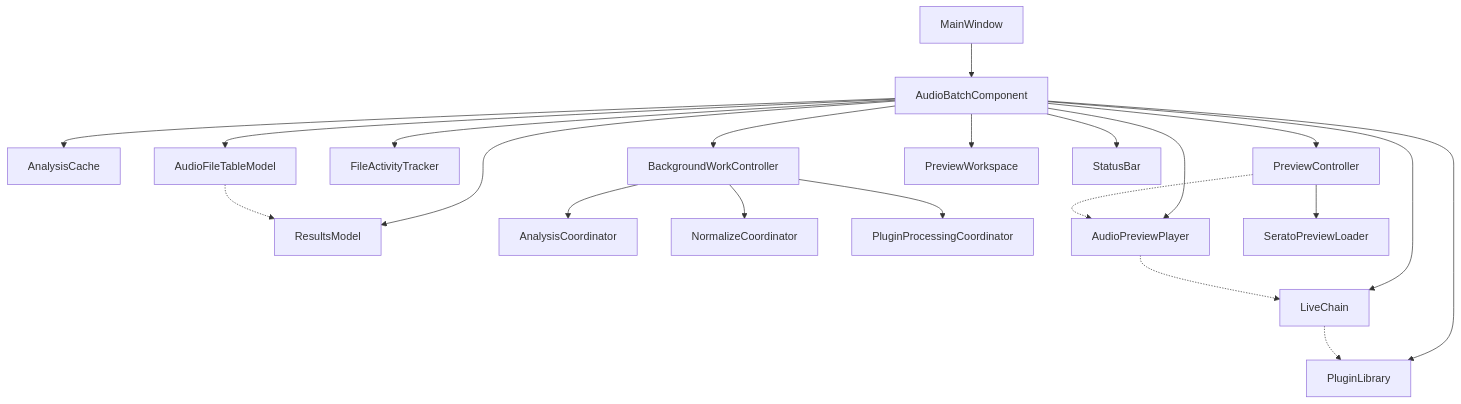
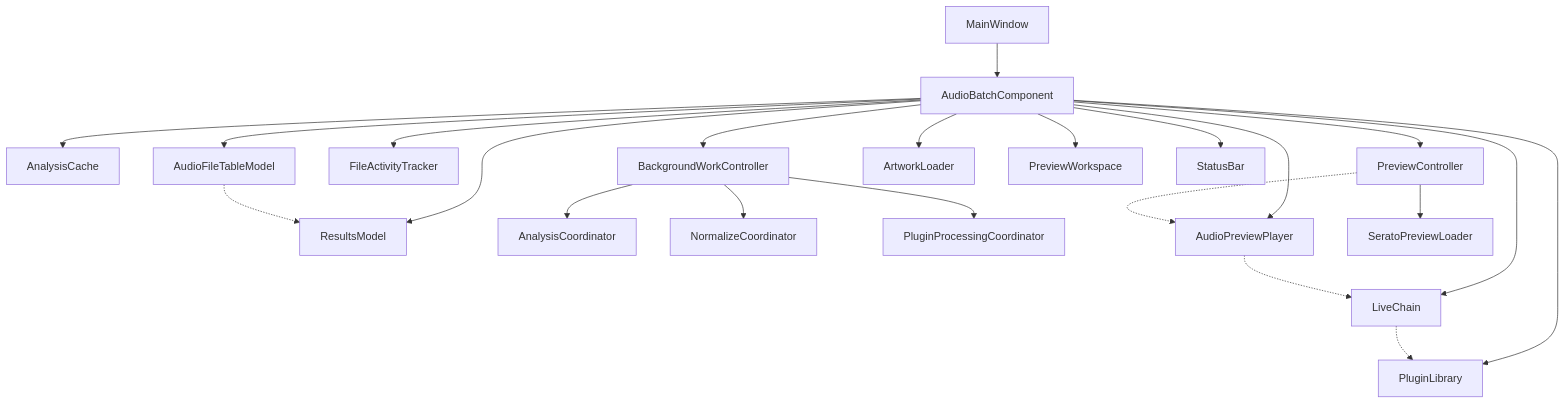
The second of 7 diagrams in cpp/ARCHITECTURE.md (Esgrove/AudioBatch), drawn with Mermaid before and after one commit. The commit also changed other lines of this file and 47 other files, not shown here.

````diff
--- a/cpp/ARCHITECTURE.md
+++ b/cpp/ARCHITECTURE.md
@@ -66,23 +67,24 @@
 ```mermaid
 flowchart TD
     MainWindow --> AudioBatchComponent
     AudioBatchComponent --> AnalysisCache
     AudioBatchComponent --> ResultsModel
     AudioBatchComponent --> AudioFileTableModel
     AudioFileTableModel -.-> ResultsModel
     AudioBatchComponent --> FileActivityTracker
     AudioBatchComponent --> BackgroundWorkController
     BackgroundWorkController --> AnalysisCoordinator
     BackgroundWorkController --> NormalizeCoordinator
     BackgroundWorkController --> PluginProcessingCoordinator
     AudioBatchComponent --> AudioPreviewPlayer
     AudioBatchComponent --> PreviewController
+    AudioBatchComponent --> ArtworkLoader
     PreviewController --> SeratoPreviewLoader
     PreviewController -.-> AudioPreviewPlayer
     AudioBatchComponent --> PluginLibrary
     AudioBatchComponent --> LiveChain
     LiveChain -.-> PluginLibrary
     AudioPreviewPlayer -.-> LiveChain
     AudioBatchComponent --> PreviewWorkspace
     AudioBatchComponent --> StatusBar
 ```
````
